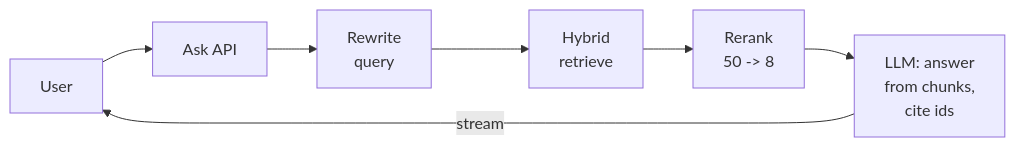
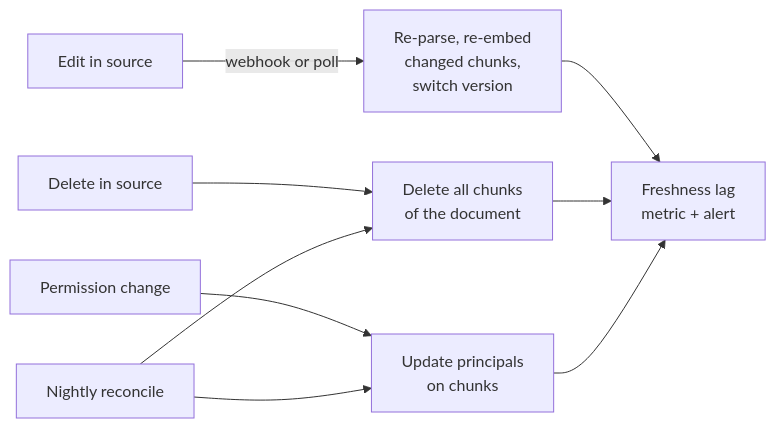
Before and after one commit to shubamchaudhary/CodeNITW: the second of 2 diagrams in src/Data/aiStackDocs/DP-01.md, drawn with Mermaid. The commit also changed other lines of this file and 52 other files, not shown here.

````diff
--- a/src/Data/aiStackDocs/DP-01.md
+++ b/src/Data/aiStackDocs/DP-01.md
@@ -85,9 +102,11 @@
 ```mermaid
 flowchart LR
-    U["User"] --> API["Ask API"]
-    API --> RW["Rewrite<br/>query"]
-    RW --> RET["Hybrid<br/>retrieve"]
-    RET --> RR["Rerank<br/>50 -> 8"]
-    RR --> GEN["LLM: answer<br/>from chunks,<br/>cite ids"]
-    GEN -->|"stream"| U
+    ED["Edit in source"] -->|"webhook or poll"| RE["Re-parse, re-embed<br/>changed chunks,<br/>switch version"]
+    DL["Delete in source"] --> RM["Delete all chunks<br/>of the document"]
+    PC["Permission change"] --> UP["Update principals<br/>on chunks"]
+    NR["Nightly reconcile"] --> RM
+    NR --> UP
+    RE --> MON["Freshness lag<br/>metric + alert"]
+    RM --> MON
+    UP --> MON
 ```
````
